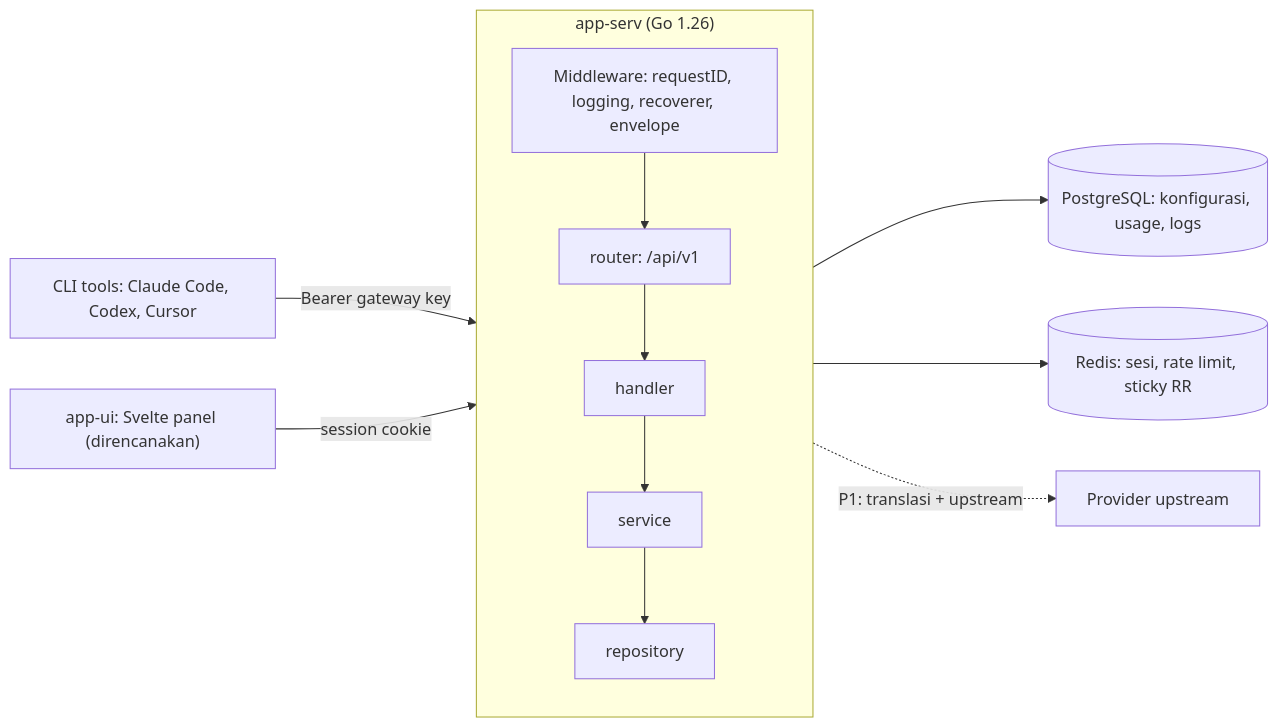
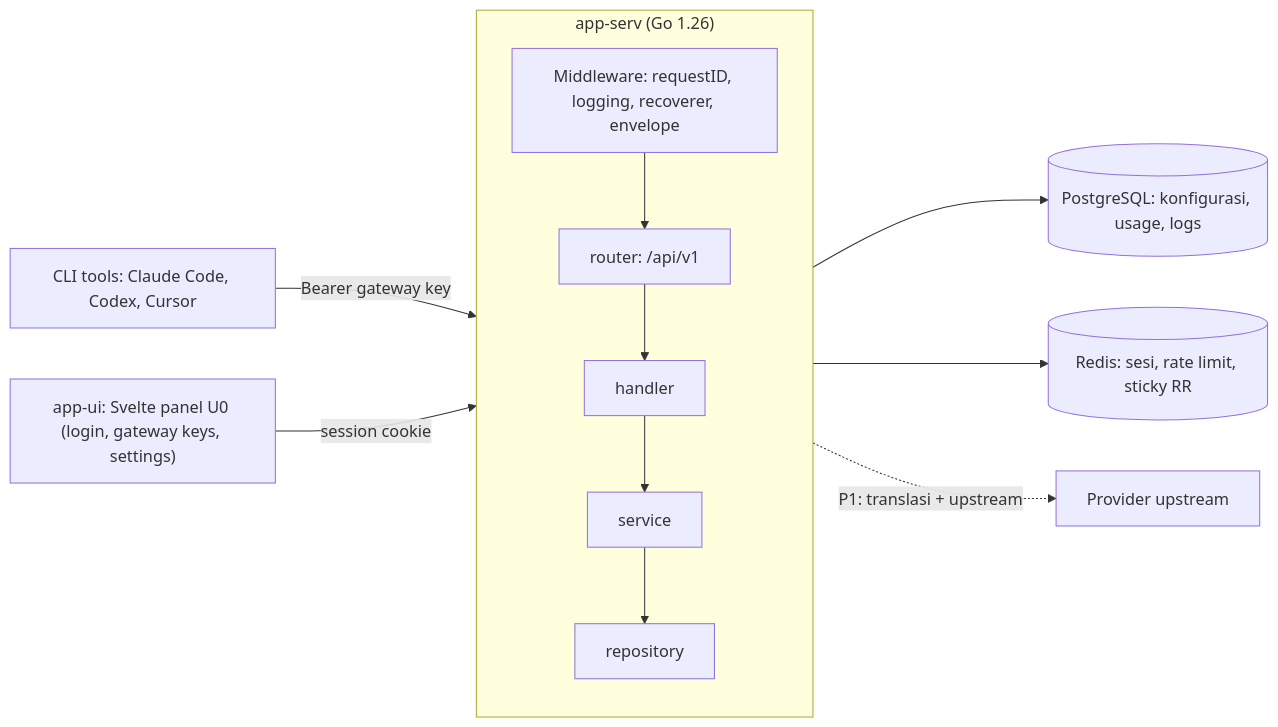
The first of 4 diagrams in SYSTEM_MAP.md (rusmanadodi2598/pannelAI), drawn with Mermaid before and after one commit. The commit also changed other lines of this file and 1 other file, not shown here.

First line of the commit message:
docs: state the app-ui U0 and scrypts inventory accurately

````diff
--- a/SYSTEM_MAP.md
+++ b/SYSTEM_MAP.md
@@ -18,25 +18,25 @@
 ```mermaid
 flowchart LR
     CLI["CLI tools: Claude Code, Codex, Cursor"]
-    UI["app-ui: Svelte panel (direncanakan)"]
+    UI["app-ui: Svelte panel U0 (login, gateway keys, settings)"]
 
     subgraph serv["app-serv (Go 1.26)"]
         direction TB
         MW["Middleware: requestID, logging, recoverer, envelope"]
         RT["router: /api/v1"]
         H["handler"]
         S["service"]
         R["repository"]
         MW --> RT --> H --> S --> R
     end
 
     PG[("PostgreSQL: konfigurasi, usage, logs")]
     RD[("Redis: sesi, rate limit, sticky RR")]
     UP["Provider upstream"]
 
     CLI -->|"Bearer gateway key"| MW
     UI -->|"session cookie"| MW
     R --> PG
     S --> RD
     S -.->|"P1: translasi + upstream"| UP
 ```
````
